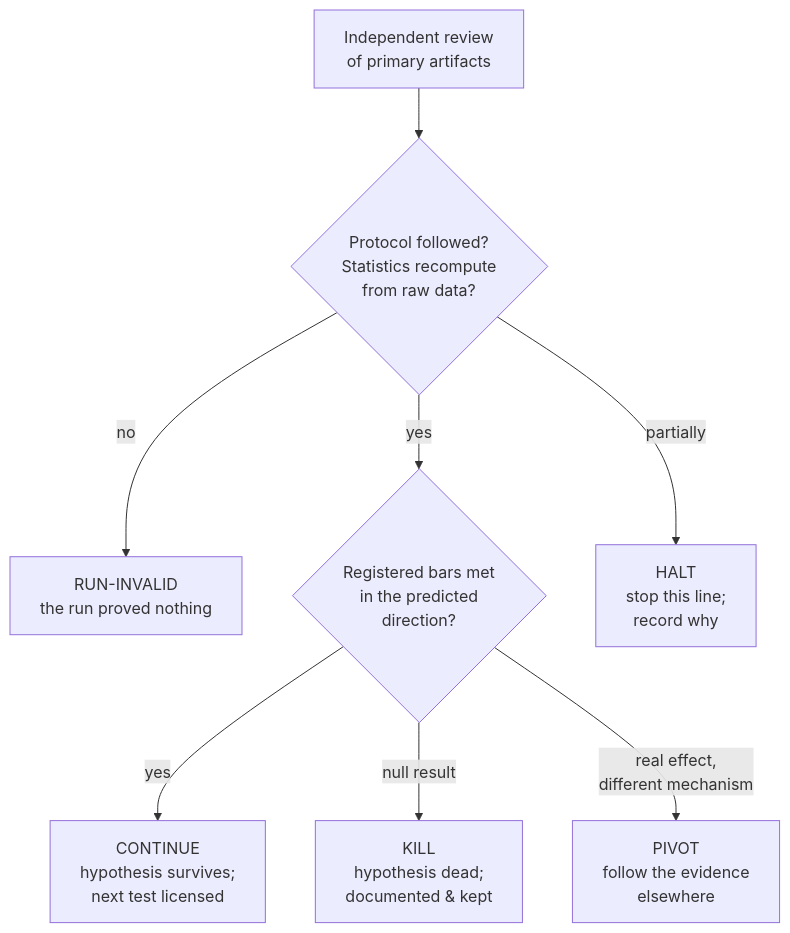
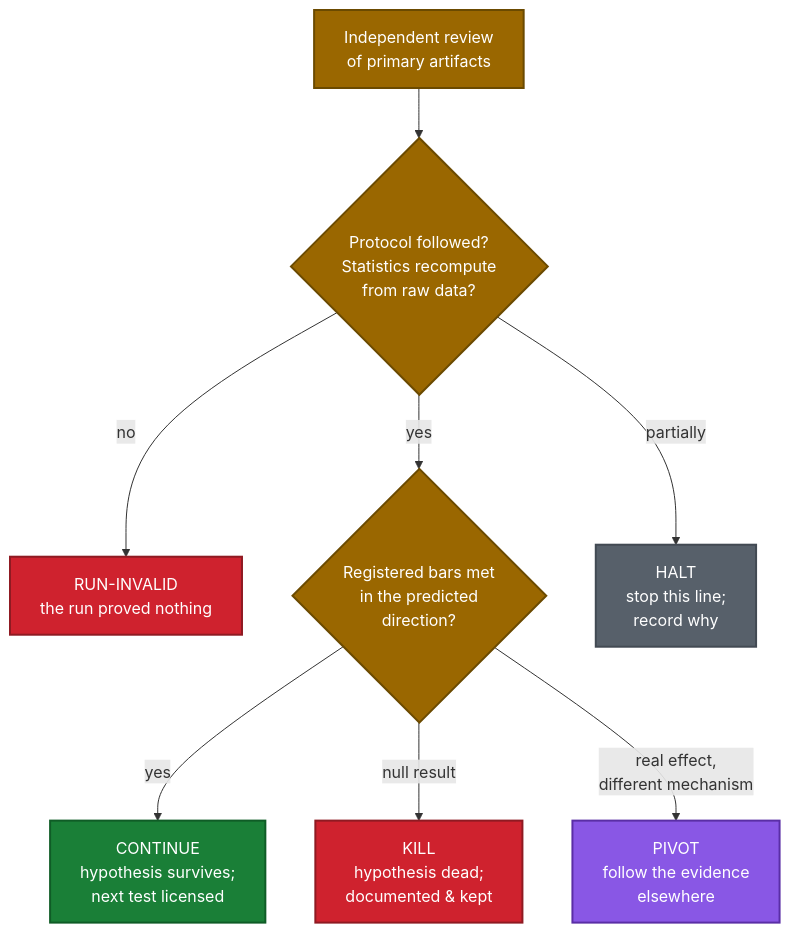
Before and after one commit to anilkumara9/SCBI: the fourth of 5 diagrams in README.md, drawn with Mermaid. The commit also changed other lines of this file, not shown here.

Commit message:
docs: README v3 — why-it-matters, math-explained, colored diagrams (founder order 2026-09-25)

````diff
--- a/README.md
+++ b/README.md
@@ -102,10 +194,20 @@
 ```mermaid
 flowchart TD
     V["Independent review<br/>of primary artifacts"] --> Q1{"Protocol followed?<br/>Statistics recompute<br/>from raw data?"}
     Q1 -- "no" --> RI["RUN-INVALID<br/>the run proved nothing"]
     Q1 -- "yes" --> Q2{"Registered bars met<br/>in the predicted<br/>direction?"}
     Q2 -- "yes" --> CO["CONTINUE<br/>hypothesis survives;<br/>next test licensed"]
     Q2 -- "null result" --> KI["KILL<br/>hypothesis dead;<br/>documented & kept"]
     Q2 -- "real effect,<br/>different mechanism" --> PI["PIVOT<br/>follow the evidence<br/>elsewhere"]
     Q1 -- "partially" --> HA["HALT<br/>stop this line;<br/>record why"]
+    classDef q fill:#9a6700,stroke:#6b4a00,color:#fff,stroke-width:2px
+    classDef good fill:#1a7f37,stroke:#0f5c26,color:#fff,stroke-width:2px
+    classDef bad fill:#cf222e,stroke:#8f1a22,color:#fff,stroke-width:2px
+    classDef pivot fill:#8957e5,stroke:#5a2ea6,color:#fff,stroke-width:2px
+    classDef halt fill:#57606a,stroke:#424a53,color:#fff,stroke-width:2px
+    class V,Q1,Q2 q
+    class CO good
+    class KI,RI bad
+    class PI pivot
+    class HA halt
 ```
````
